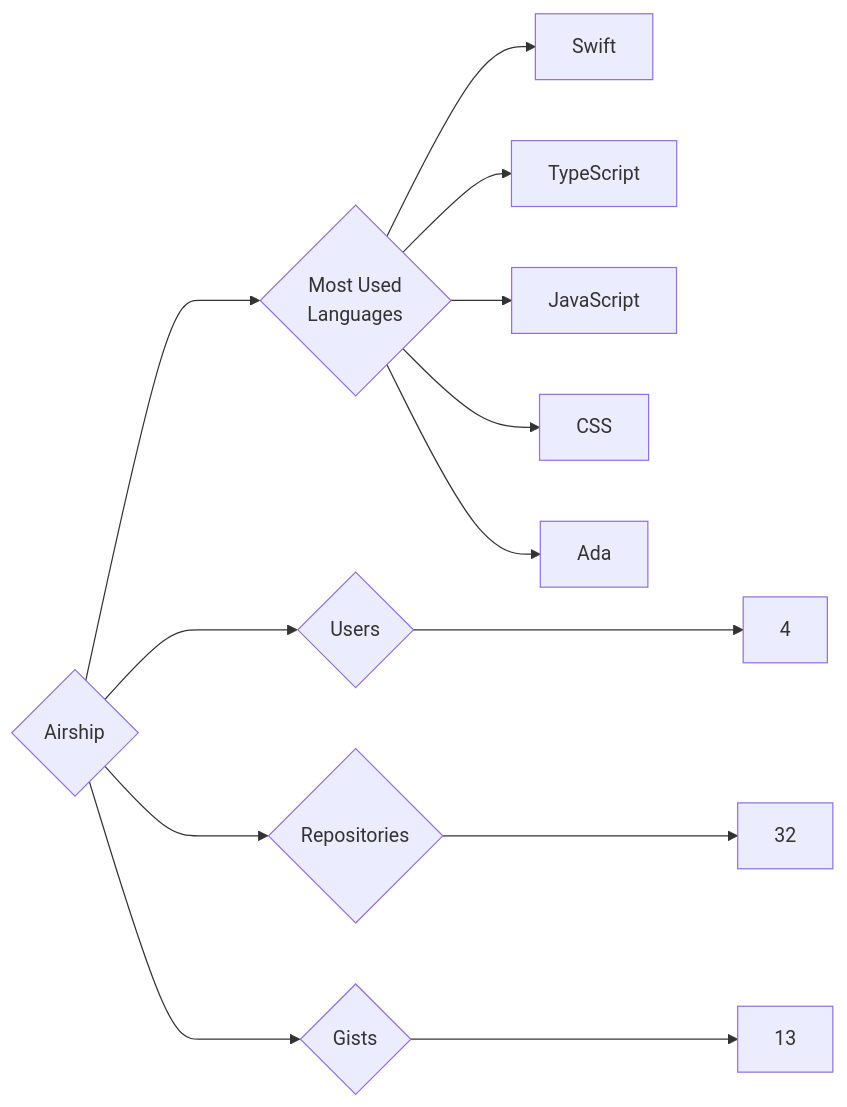
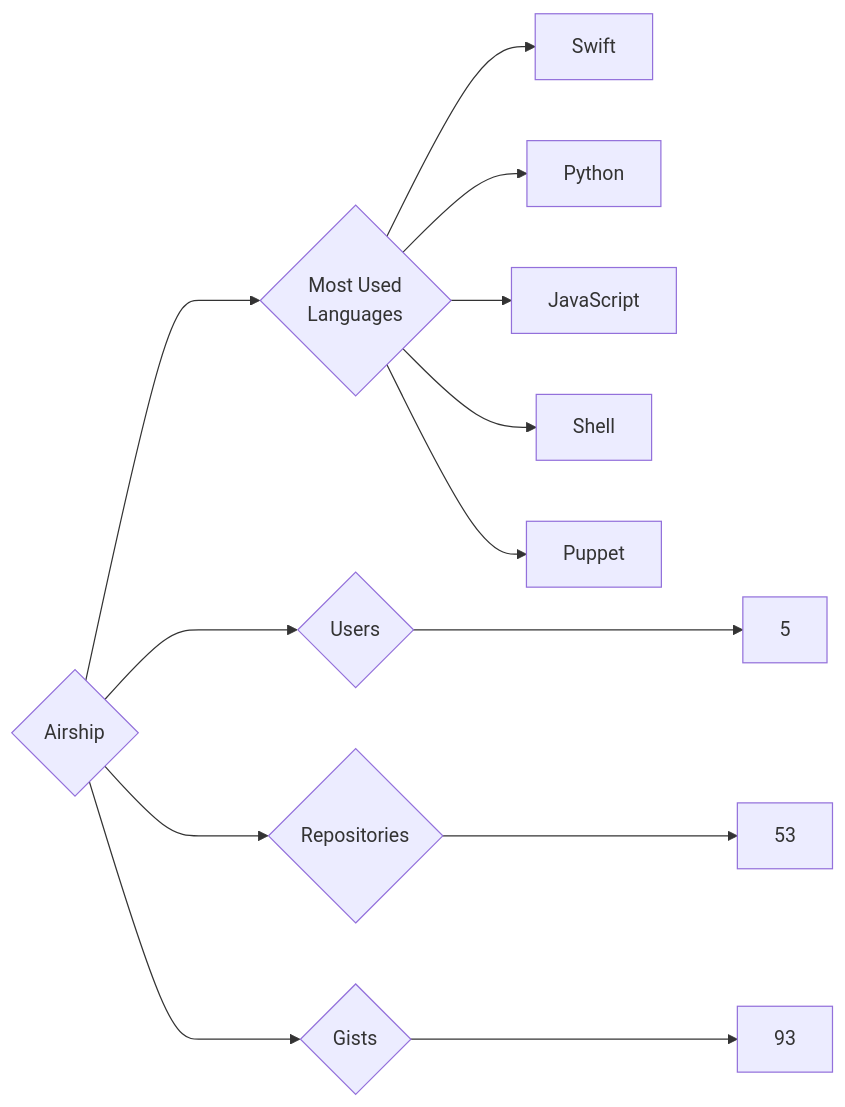
One commit to trickest/insiders changed the diagram in targets/Airship/README.md. Above: the diagram before and after it, drawn with Mermaid. The commit also changed 783 other files, not shown here.

````diff
--- a/targets/Airship/README.md
+++ b/targets/Airship/README.md
@@ -3,13 +3,13 @@
 ```mermaid
 graph LR
 COMPANY_NAME{Airship}
-COMPANY_NAME ---> U{Users} ---> UN[4]
-COMPANY_NAME ---> R{Repositories} ---> RN[32]
-COMPANY_NAME ---> G{Gists} ---> GN[13]
+COMPANY_NAME ---> U{Users} ---> UN[5]
+COMPANY_NAME ---> R{Repositories} ---> RN[53]
+COMPANY_NAME ---> G{Gists} ---> GN[93]
 COMPANY_NAME ---> ML{Most Used<br>Languages}
 ML --> Swift[Swift]
-ML --> TypeScript[TypeScript]
+ML --> Python[Python]
 ML --> JavaScript[JavaScript]
-ML --> CSS[CSS]
-ML --> Ada[Ada]
+ML --> Shell[Shell]
+ML --> Puppet[Puppet]
 ```
````
